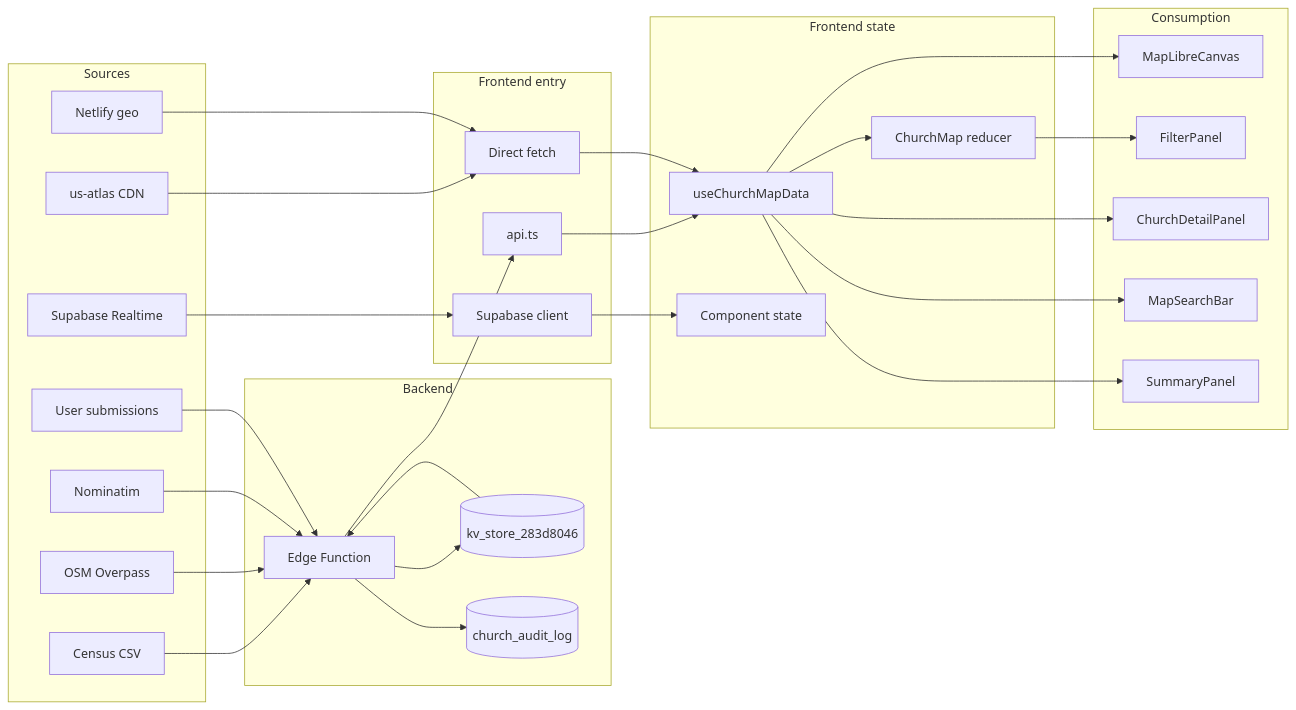
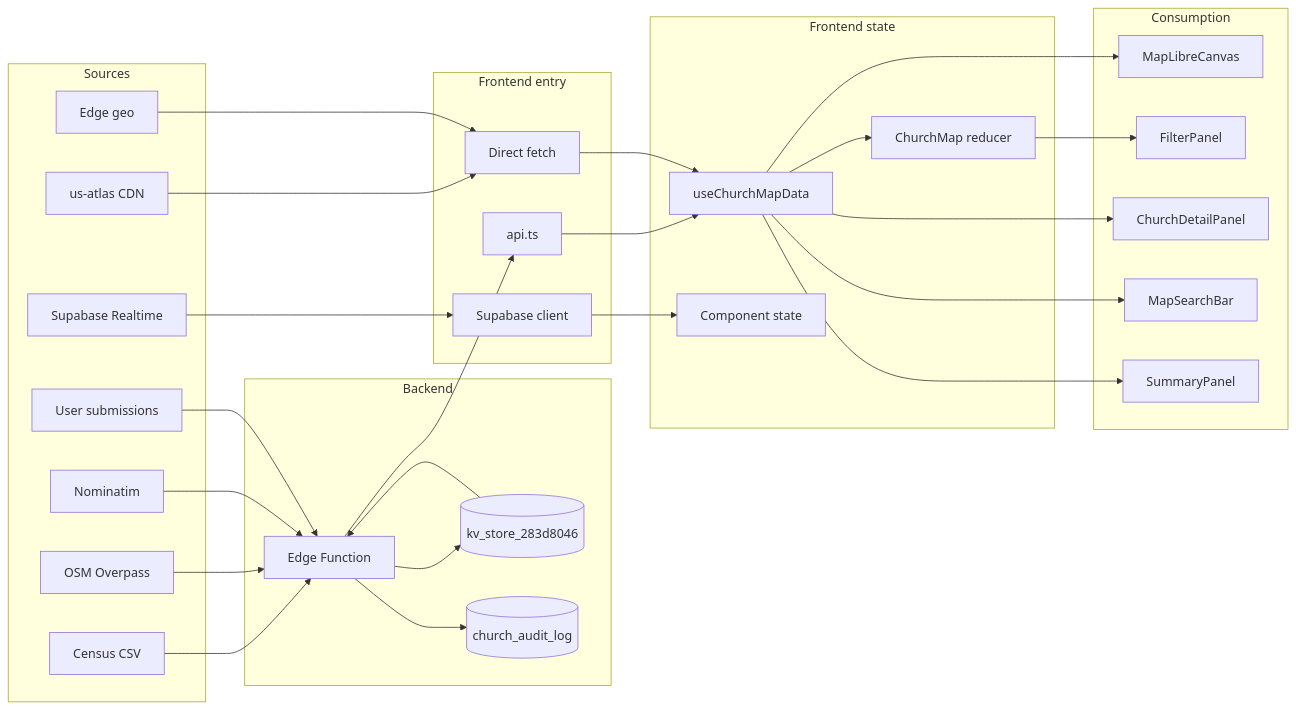
The diagram in docs/DATA-FLOW.md (harvouscom/heresmychurch), drawn with Mermaid before and after one commit. The commit also changed other lines of this file and 61 other files, not shown here.

First line of the commit message:
chore: retire Netlify (config, edge-function wrappers, committed build output)

````diff
--- a/docs/DATA-FLOW.md
+++ b/docs/DATA-FLOW.md
@@ -9,54 +9,54 @@
 ```mermaid
 flowchart LR
   subgraph sources [Sources]
     Census[Census CSV]
     OSM[OSM Overpass]
     Nominatim[Nominatim]
     CDN[us-atlas CDN]
-    NetlifyGeo[Netlify geo]
+    NetlifyGeo[Edge geo]
     UserSubmit[User submissions]
     Realtime[Supabase Realtime]
   end
   subgraph backend [Backend]
     Edge[Edge Function]
     KV[(kv_store_283d8046)]
     Audit[(church_audit_log)]
   end
   subgraph frontendEntry [Frontend entry]
     Api[api.ts]
     DirectFetch[Direct fetch]
     SupabaseClient[Supabase client]
   end
   subgraph frontendState [Frontend state]
     UseChurchMapData[useChurchMapData]
     ChurchMapReducer[ChurchMap reducer]
     ComponentState[Component state]
   end
   subgraph consumption [Consumption]
     MapLibreCanvas[MapLibreCanvas]
     FilterPanel[FilterPanel]
     ChurchDetailPanel[ChurchDetailPanel]
     MapSearchBar[MapSearchBar]
     SummaryPanel[SummaryPanel]
   end
   Census --> Edge
   OSM --> Edge
   Nominatim --> Edge
   UserSubmit --> Edge
   Edge --> KV
   Edge --> Audit
   CDN --> DirectFetch
   NetlifyGeo --> DirectFetch
   Realtime --> SupabaseClient
   KV --> Edge
   Edge --> Api
   Api --> UseChurchMapData
   DirectFetch --> UseChurchMapData
   SupabaseClient --> ComponentState
   UseChurchMapData --> ChurchMapReducer
   UseChurchMapData --> MapLibreCanvas
   ChurchMapReducer --> FilterPanel
   UseChurchMapData --> ChurchDetailPanel
   UseChurchMapData --> MapSearchBar
   UseChurchMapData --> SummaryPanel
 ```
````
